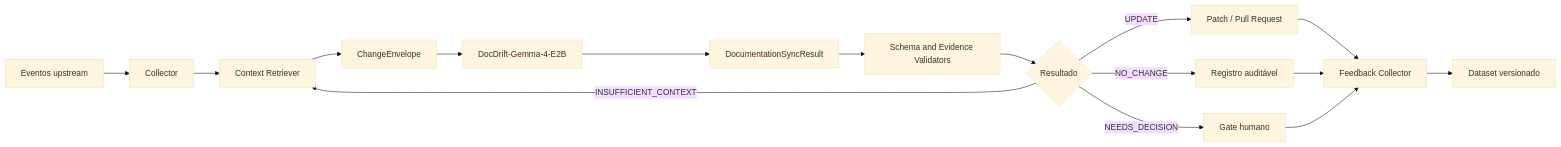
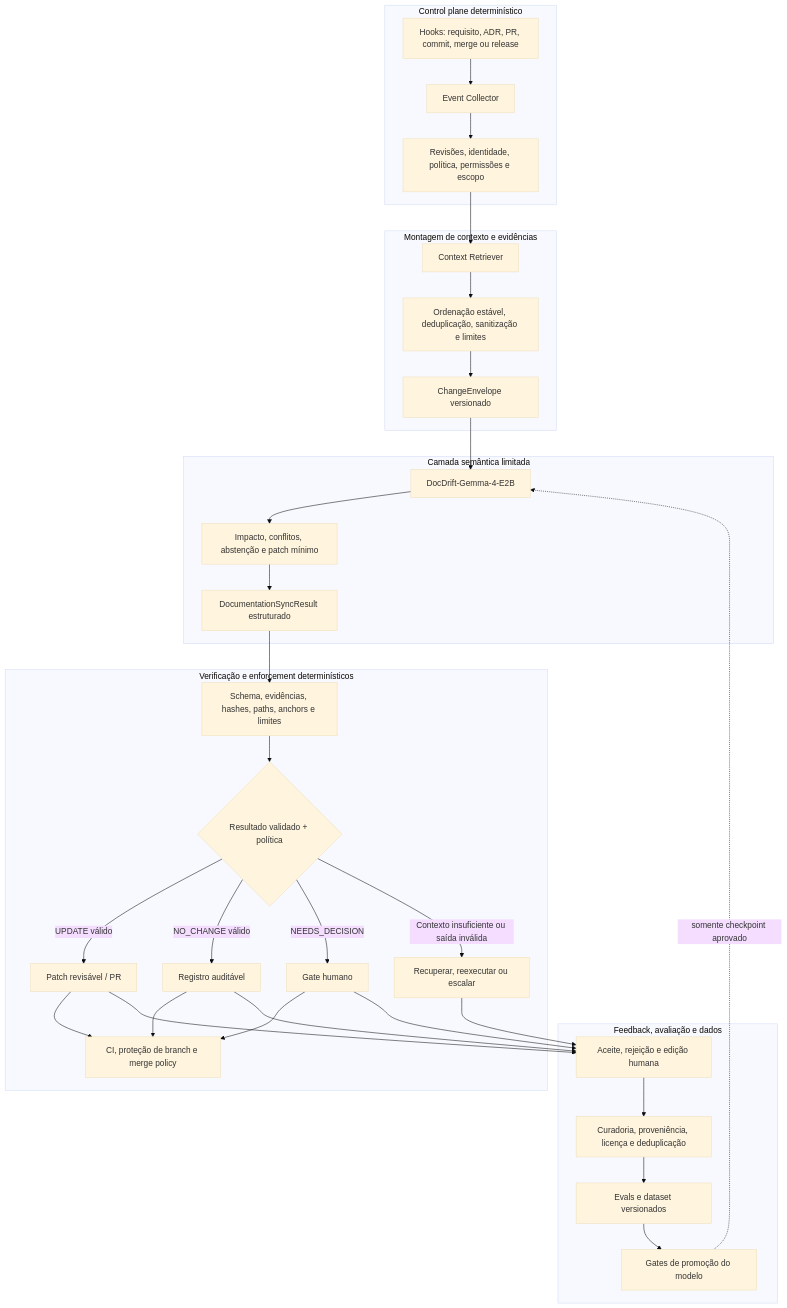
The diagram in docs/architecture/system.md (paulotvlincelia/docdrift), drawn with Mermaid (base theme) before and after one commit. The commit also changed other lines of this file and 23 other files, not shown here.

````diff
--- a/docs/architecture/system.md
+++ b/docs/architecture/system.md
@@ -7,18 +9,42 @@
 ```mermaid
-flowchart LR
-    A["Eventos upstream"] --> B["Collector"]
-    B --> C["Context Retriever"]
-    C --> D["ChangeEnvelope"]
-    D --> E["DocDrift-Gemma-4-E2B"]
-    E --> F["DocumentationSyncResult"]
-    F --> G["Schema and Evidence Validators"]
-    G --> H{"Resultado"}
-    H -->|"UPDATE"| I["Patch / Pull Request"]
-    H -->|"NO_CHANGE"| J["Registro auditável"]
-    H -->|"NEEDS_DECISION"| K["Gate humano"]
-    H -->|"INSUFFICIENT_CONTEXT"| C
-    I --> L["Feedback Collector"]
-    J --> L
-    K --> L
-    L --> M["Dataset versionado"]
+flowchart TB
+    subgraph CONTROL["Control plane determinístico"]
+        A["Hooks: requisito, ADR, PR, commit, merge ou release"] --> B["Event Collector"]
+        B --> C["Revisões, identidade, política, permissões e escopo"]
+    end
+
+    subgraph CONTEXT["Montagem de contexto e evidências"]
+        C --> D["Context Retriever"]
+        D --> E["Ordenação estável, deduplicação, sanitização e limites"]
+        E --> F["ChangeEnvelope versionado"]
+    end
+
+    subgraph SEMANTIC["Camada semântica limitada"]
+        F --> G["DocDrift-Gemma-4-E2B"]
+        G --> H["Impacto, conflitos, abstenção e patch mínimo"]
+        H --> I["DocumentationSyncResult estruturado"]
+    end
+
+    subgraph VERIFY["Verificação e enforcement determinísticos"]
+        I --> J["Schema, evidências, hashes, paths, anchors e limites"]
+        J --> K{"Resultado validado + política"}
+        K -->|"UPDATE válido"| L["Patch revisável / PR"]
+        K -->|"NO_CHANGE válido"| M["Registro auditável"]
+        K -->|"NEEDS_DECISION"| N["Gate humano"]
+        K -->|"Contexto insuficiente ou saída inválida"| O["Recuperar, reexecutar ou escalar"]
+        L --> P["CI, proteção de branch e merge policy"]
+        M --> P
+        N --> P
+    end
+
+    subgraph LEARNING["Feedback, avaliação e dados"]
+        L --> Q["Aceite, rejeição e edição humana"]
+        M --> Q
+        N --> Q
+        O --> Q
+        Q --> R["Curadoria, proveniência, licença e deduplicação"]
+        R --> S["Evals e dataset versionados"]
+        S --> T["Gates de promoção do modelo"]
+        T -.->|"somente checkpoint aprovado"| G
+    end
 ```
````
